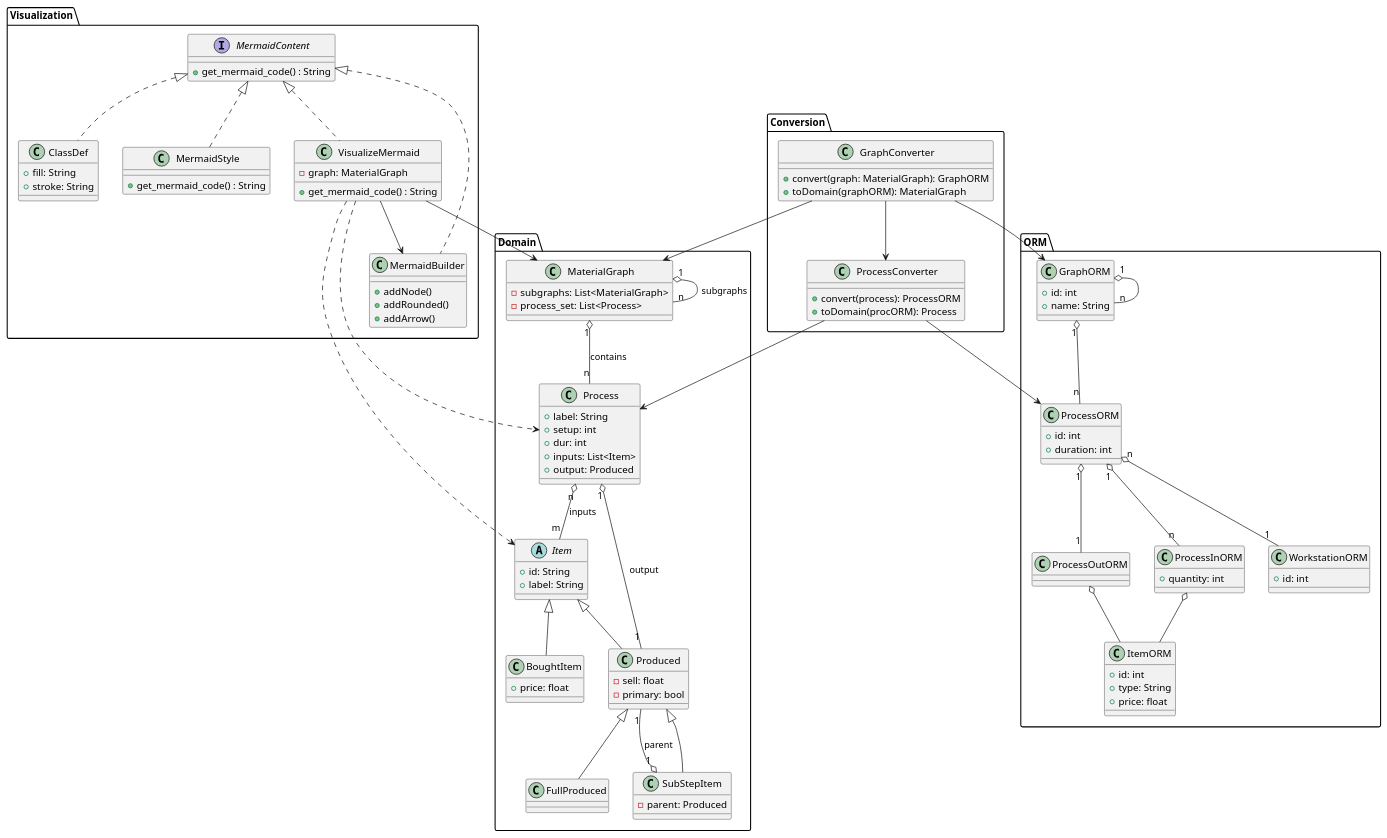
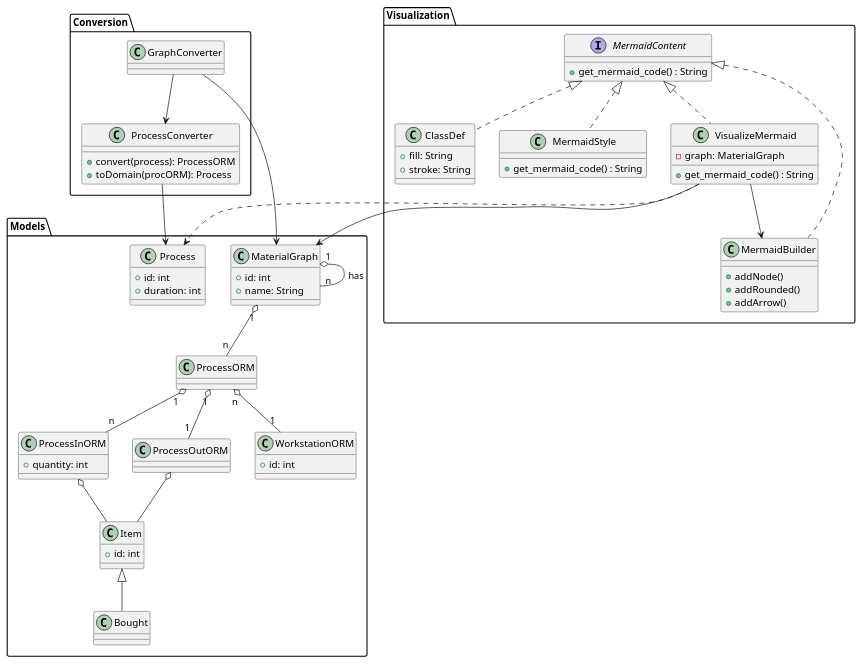
One commit to buecktobias/ibsys2SCM changed the diagram in docs/full_db_architecture.puml. Above: the diagram before and after it, drawn with PlantUML. The commit also changed 25 other files, not shown here.

```diff
--- a/docs/full_db_architecture.puml
+++ b/docs/full_db_architecture.puml
@@ -1,137 +1,87 @@
 @startuml
-
-' ===== Domain Package =====
-package "Domain" {
+' ===== ORM Package =====
+package "Models" {
   class MaterialGraph {
-    - subgraphs: List<MaterialGraph>
-    - process_set: List<Process>
-  }
-
-  abstract class Item {
-    + id: String
-    + label: String
-  }
-
-  class BoughtItem extends Item {
-    + price: float
-  }
-
-  class Produced extends Item {
-    - sell: float
-    - primary: bool
-  }
-
-  class FullProduced extends Produced {
-  }
-
-  class SubStepItem extends Produced {
-    - parent: Produced
-  }
-
-  class Process {
-    + label: String
-    + setup: int
-    + dur: int
-    + inputs: List<Item>
-    + output: Produced
-  }
-
-  ' Domain Associations
-  MaterialGraph "1" o-- "n" Process : contains
-  MaterialGraph "1" o-- "n" MaterialGraph : subgraphs
-  Process "1" o-- "1" Produced : output
-  Process "n" o-- "m" Item : inputs
-  SubStepItem "1" o-- "1" Produced : parent
-}
-
-' ===== ORM Package =====
-package "ORM" {
-  class GraphORM {
     + id: int
     + name: String
   }
 
-  class ProcessORM {
+  class Process {
     + id: int
     + duration: int
   }
 
   class ProcessInORM {
     + quantity: int
   }
 
   class ProcessOutORM {
   }
 
-  class ItemORM {
+  class Item {
     + id: int
-    + type: String
-    + price: float
+  }
+  class Bought extends Item{
   }
 
   class WorkstationORM {
     + id: int
   }
 
   ' ORM Associations
-  GraphORM "1" o-- "n" ProcessORM
-  GraphORM "1" o-- "n" GraphORM
+  MaterialGraph "1" o-- "n" ProcessORM
+  MaterialGraph "1" o-- "n" MaterialGraph: "has"
   ProcessORM "1" o-- "n" ProcessInORM
   ProcessORM "1" o-- "1" ProcessOutORM
-  ProcessInORM o-- ItemORM
-  ProcessOutORM o-- ItemORM
+  ProcessInORM o-- Item
+  ProcessOutORM o-- Item
   ProcessORM "n" o-- "1" WorkstationORM
 }
 
-package "Conversion" {
+package Conversion {
   class ProcessConverter {
     + convert(process): ProcessORM
     + toDomain(procORM): Process
   }
 
   class GraphConverter {
-    + convert(graph: MaterialGraph): GraphORM
-    + toDomain(graphORM): MaterialGraph
   }
 
   ' Dependencies
   GraphConverter --> ProcessConverter
   GraphConverter --> MaterialGraph
-  GraphConverter --> GraphORM
-  ProcessConverter --> ProcessORM
   ProcessConverter --> Process
 }
 
 package "Visualization" {
   interface MermaidContent {
     + get_mermaid_code() : String
   }
 
   class ClassDef implements MermaidContent {
     + fill: String
     + stroke: String
   }
 
   class MermaidStyle implements MermaidContent {
     + get_mermaid_code() : String
   }
 
   class MermaidBuilder implements MermaidContent {
     + addNode()
     + addRounded()
     + addArrow()
   }
 
   class VisualizeMermaid implements MermaidContent {
     - graph: MaterialGraph
     + get_mermaid_code() : String
   }
 
   ' Visualization Dependencies
   VisualizeMermaid --> MermaidBuilder
   VisualizeMermaid --> MaterialGraph
   VisualizeMermaid ..> Process
-  VisualizeMermaid ..> Item
 }
 
 @enduml
```
